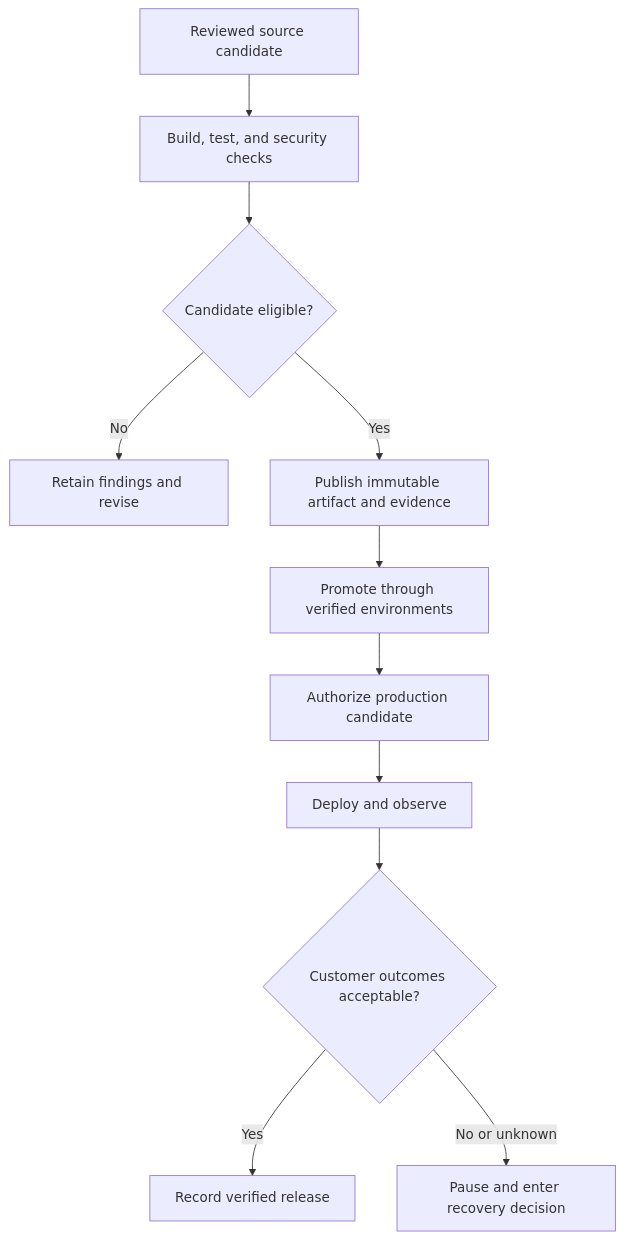
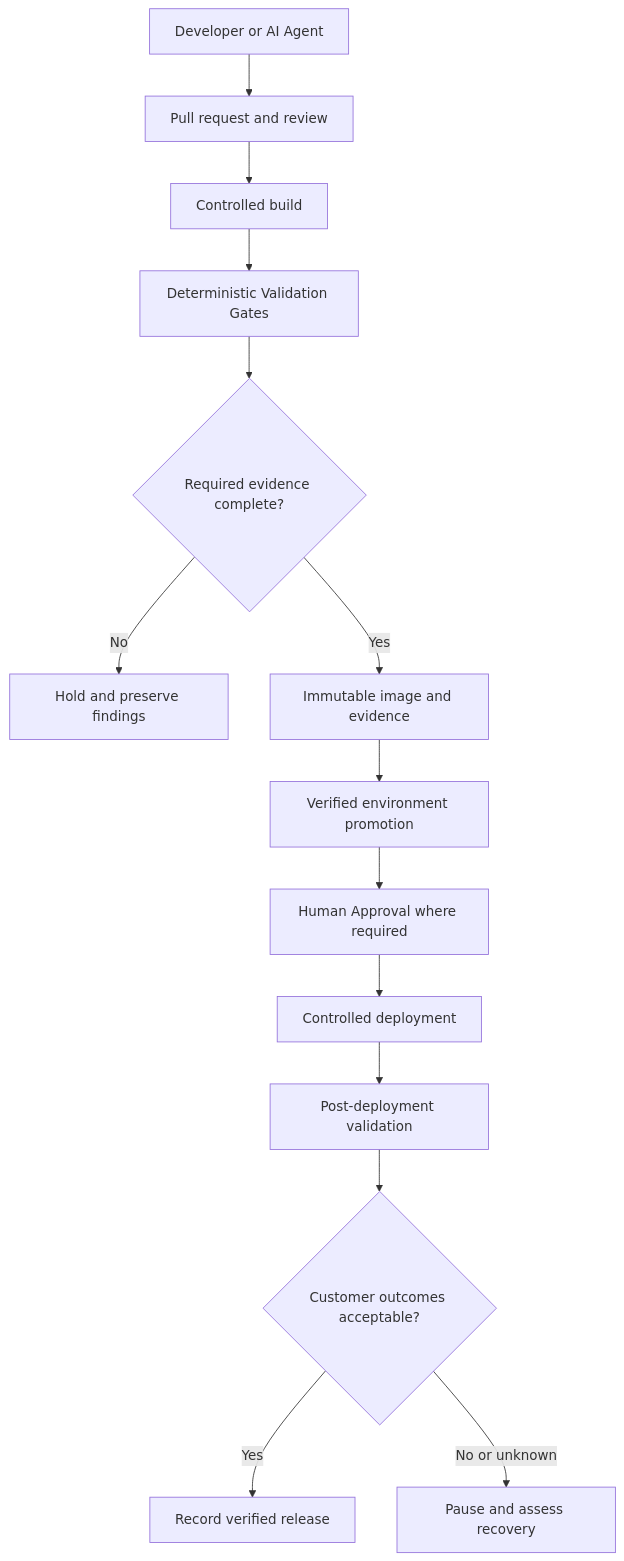
The first of 6 diagrams in book/53-ci-cd.md (sheikh-zeeshan/Enterprise-AI-Engineering-Handbook), drawn with Mermaid before and after one commit. The commit also changed other lines of this file and 16 other files, not shown here.

````diff
--- a/book/53-ci-cd.md
+++ b/book/53-ci-cd.md
@@ -357,13 +365,16 @@
 ```mermaid
 flowchart TD
-    Source["Reviewed source candidate"] --> CI["Build, test, and security checks"]
-    CI --> Eligible{"Candidate eligible?"}
-    Eligible -->|No| Hold["Retain findings and revise"]
-    Eligible -->|Yes| Artifact["Publish immutable artifact and evidence"]
-    Artifact --> Promote["Promote through verified environments"]
-    Promote --> Authorize["Authorize production candidate"]
-    Authorize --> Deploy["Deploy and observe"]
-    Deploy --> Outcome{"Customer outcomes acceptable?"}
+    Author["Developer or AI Agent"] --> PR["Pull request and review"]
+    PR --> Build["Controlled build"]
+    Build --> Gates["Deterministic Validation Gates"]
+    Gates --> Eligible{"Required evidence complete?"}
+    Eligible -->|No| Hold["Hold and preserve findings"]
+    Eligible -->|Yes| Image["Immutable image and evidence"]
+    Image --> Promote["Verified environment promotion"]
+    Promote --> Approval["Human Approval where required"]
+    Approval --> Deploy["Controlled deployment"]
+    Deploy --> Verify["Post-deployment validation"]
+    Verify --> Outcome{"Customer outcomes acceptable?"}
     Outcome -->|Yes| Record["Record verified release"]
-    Outcome -->|No or unknown| Recovery["Pause and enter recovery decision"]
+    Outcome -->|No or unknown| Recover["Pause and assess recovery"]
 ```
````
